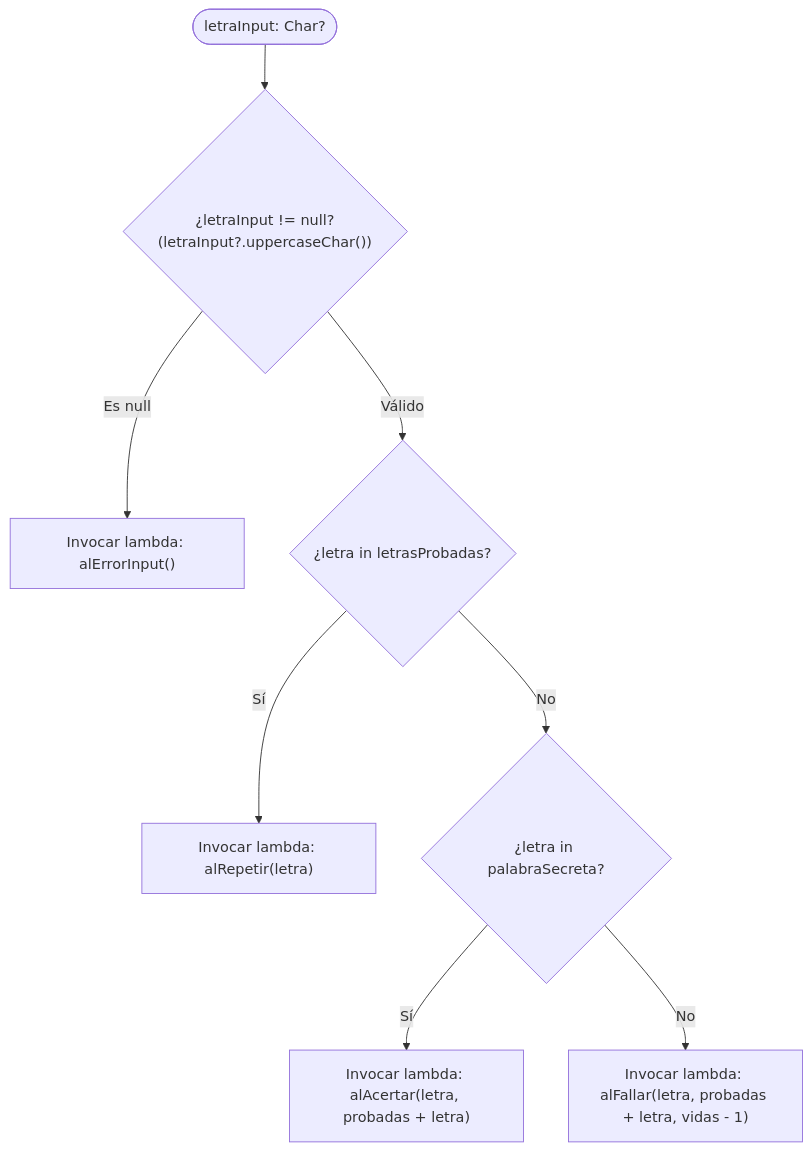
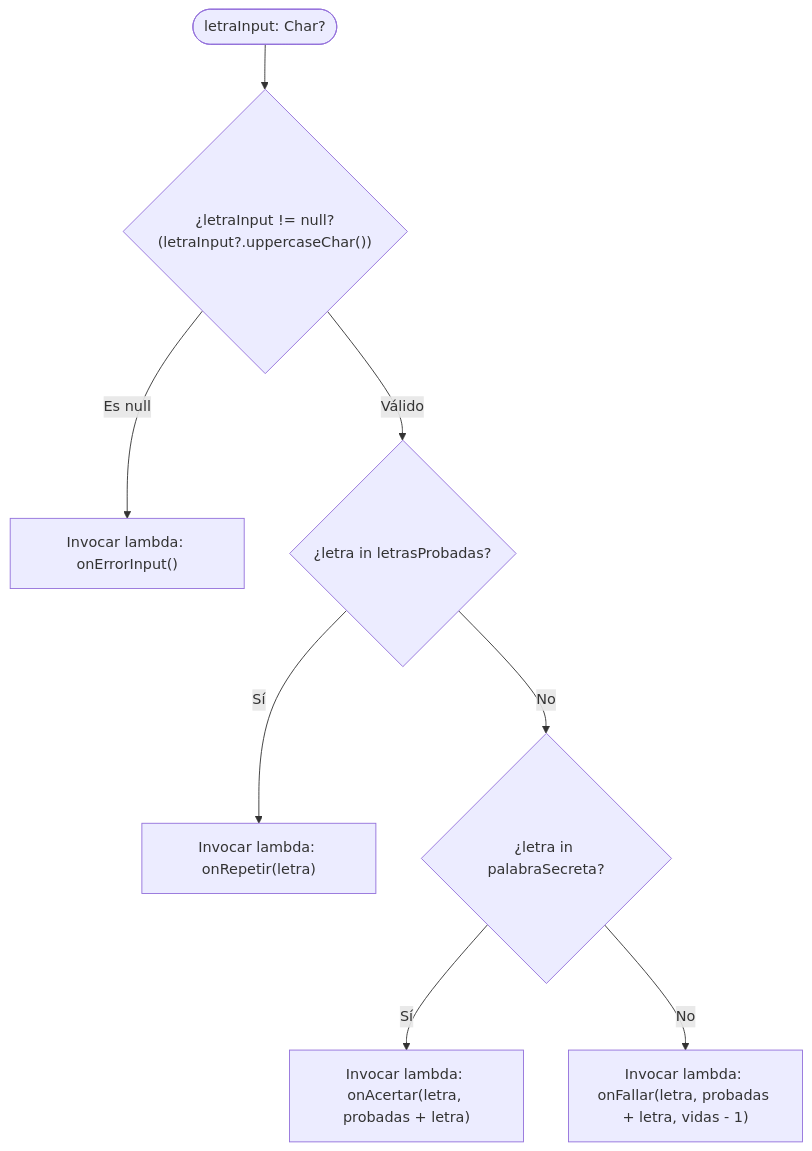
Before and after one commit to jssdocente/pmdm2627d: the diagram in docs/temas/00-android/00-kotlin/ejercicios/02-funciones-lambdas-nullsafety.md, drawn with Mermaid. The commit also changed other lines of this file and 1 other file, not shown here.

````diff
--- a/docs/temas/00-android/00-kotlin/ejercicios/02-funciones-lambdas-nullsafety.md
+++ b/docs/temas/00-android/00-kotlin/ejercicios/02-funciones-lambdas-nullsafety.md
@@ -1773,13 +1779,13 @@
     ```mermaid
     flowchart TD
         Entrada(["letraInput: Char?"]) --> NullCheck{"¿letraInput != null?<br/>(letraInput?.uppercaseChar())"}
         
-        NullCheck -- "Es null" --> CallbackError["Invocar lambda: alErrorInput()"]
+        NullCheck -- "Es null" --> CallbackError["Invocar lambda: onErrorInput()"]
         NullCheck -- "Válido" --> YaProbada{"¿letra in letrasProbadas?"}
         
-        YaProbada -- "Sí" --> CallbackRepetir["Invocar lambda: alRepetir(letra)"]
+        YaProbada -- "Sí" --> CallbackRepetir["Invocar lambda: onRepetir(letra)"]
         YaProbada -- "No" --> Acierto{"¿letra in palabraSecreta?"}
         
-        Acierto -- "Sí" --> CallbackAcierto["Invocar lambda: alAcertar(letra, probadas + letra)"]
-        Acierto -- "No" --> CallbackFallo["Invocar lambda: alFallar(letra, probadas + letra, vidas - 1)"]
+        Acierto -- "Sí" --> CallbackAcierto["Invocar lambda: onAcertar(letra, probadas + letra)"]
+        Acierto -- "No" --> CallbackFallo["Invocar lambda: onFallar(letra, probadas + letra, vidas - 1)"]
     ```
````
